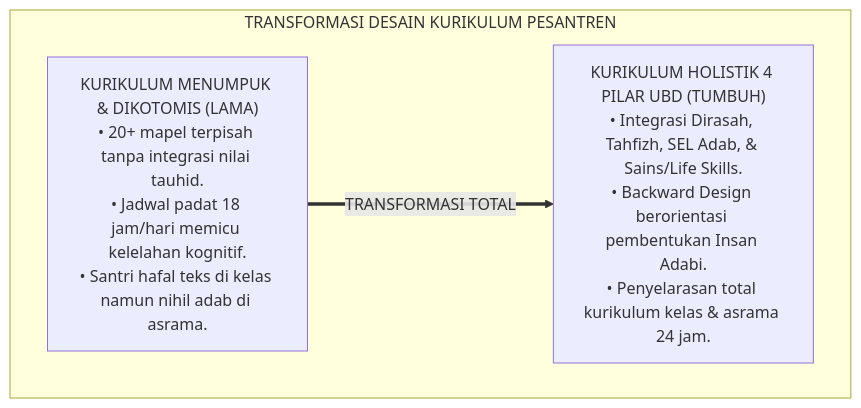
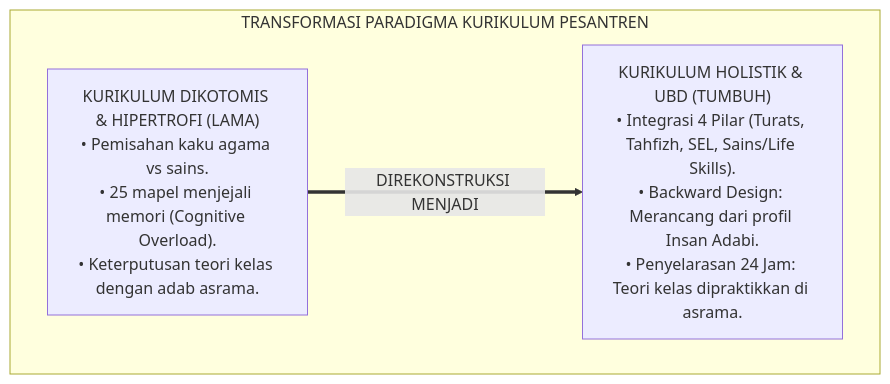
One commit to wandiapriliyandi/tumbuh changed the first of 3 diagrams in 02 Principles/02 Design Principles/P2-02-01-Prinsip-Desain-Kurikulum-Holistik.md. Above: the diagram before and after it, drawn with Mermaid. The commit also changed other lines of this file and 7 other files, not shown here.

````diff
--- a/02 Principles/02 Design Principles/P2-02-01-Prinsip-Desain-Kurikulum-Holistik.md
+++ b/02 Principles/02 Design Principles/P2-02-01-Prinsip-Desain-Kurikulum-Holistik.md
@@ -67,10 +56,10 @@
 ```mermaid
 flowchart TD
-    subgraph TransformasiDesainKurikulum["TRANSFORMASI DESAIN KURIKULUM PESANTREN"]
-        Dikotomis["KURIKULUM MENUMPUK & DIKOTOMIS (LAMA)<br/>• 20+ mapel terpisah tanpa integrasi nilai tauhid.<br/>• Jadwal padat 18 jam/hari memicu kelelahan kognitif.<br/>• Santri hafal teks di kelas namun nihil adab di asrama."]
+    subgraph TransformasiDesainKurikulum["TRANSFORMASI PARADIGMA KURIKULUM PESANTREN"]
+        PolaBebanLama["KURIKULUM DIKOTOMIS & HIPERTROFI (LAMA)<br/>• Pemisahan kaku agama vs sains.<br/>• 25 mapel menjejali memori (Cognitive Overload).<br/>• Keterputusan teori kelas dengan adab asrama."]
         
-        Holistik["KURIKULUM HOLISTIK 4 PILAR UBD (TUMBUH)<br/>• Integrasi Dirasah, Tahfizh, SEL Adab, & Sains/Life Skills.<br/>• Backward Design berorientasi pembentukan Insan Adabi.<br/>• Penyelarasan total kurikulum kelas & asrama 24 jam."]
+        PolaUbDTUMBUH["KURIKULUM HOLISTIK & UBD (TUMBUH)<br/>• Integrasi 4 Pilar (Turats, Tahfizh, SEL, Sains/Life Skills).<br/>• Backward Design: Merancang dari profil Insan Adabi.<br/>• Penyelarasan 24 Jam: Teori kelas dipraktikkan di asrama."]
         
-        Dikotomis ==>|TRANSFORMASI TOTAL| Holistik
+        PolaBebanLama ==>|DIREKONSTRUKSI MENJADI| PolaUbDTUMBUH
     end
 ```
````
